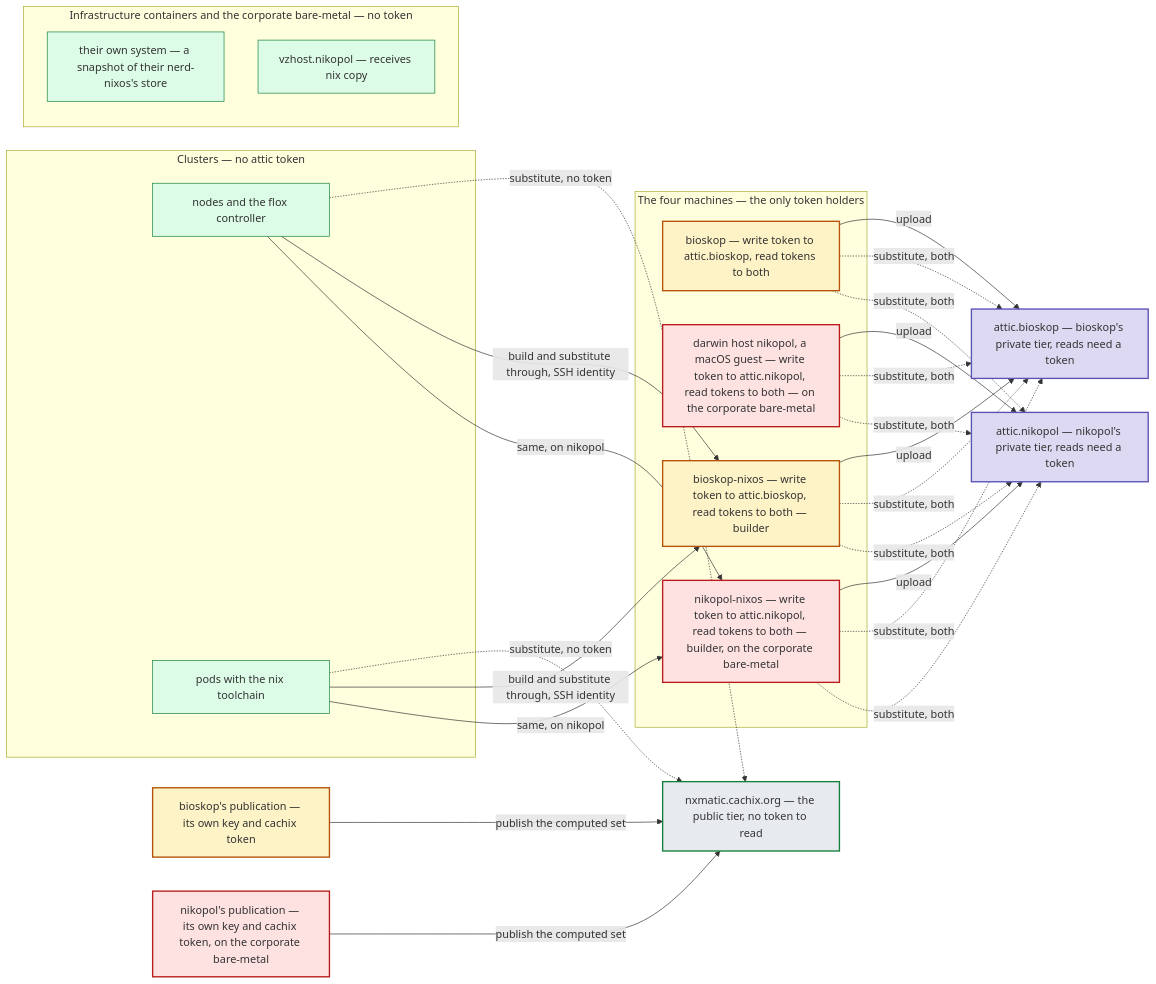
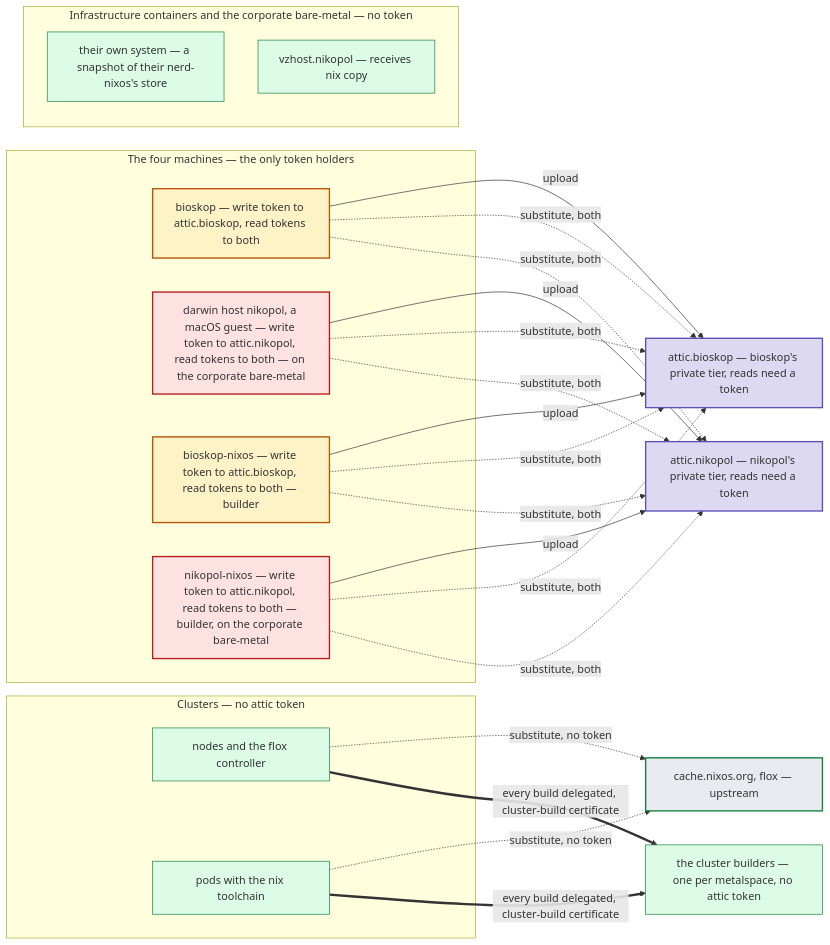
Diagram 13 of 14 in docs/private-binary-cache-spec.adoc (seedmatic/ndh), drawn with Mermaid before and after one commit. The commit also changed other lines of this file and 1 other file, not shown here.

```diff
--- a/docs/private-binary-cache-spec.adoc
+++ b/docs/private-binary-cache-spec.adoc
@@ -1858,37 +1763,34 @@
 [mermaid]
 ....
 flowchart LR
   subgraph HOSTS["The four machines — the only token holders"]
     h1["bioskop — write token to attic.bioskop, read tokens to both"]:::writer
     h2["darwin host nikopol, a macOS guest — write token to attic.nikopol, read tokens to both — on the corporate bare-metal"]:::corp
     h3["bioskop-nixos — write token to attic.bioskop, read tokens to both — builder"]:::writer
     h4["nikopol-nixos — write token to attic.nikopol, read tokens to both — builder, on the corporate bare-metal"]:::corp
   end
   subgraph CLUSTERS["Clusters — no attic token"]
     n1["nodes and the flox controller"]:::none
     p1["pods with the nix toolchain"]:::none
   end
   subgraph INFRA["Infrastructure containers and the corporate bare-metal — no token"]
     c1["their own system — a snapshot of their nerd-nixos's store"]:::none
     vz["vzhost.nikopol — receives nix copy"]:::none
   end
   attB["attic.bioskop — bioskop's private tier, reads need a token"]:::cache
   attN["attic.nikopol — nikopol's private tier, reads need a token"]:::cache
-  cx["nxmatic.cachix.org — the public tier, no token to read"]:::pub
-  fj["bioskop's publication — its own key and cachix token"]:::writer
-  fjn["nikopol's publication — its own key and cachix token, on the corporate bare-metal"]:::corp
+  up["cache.nixos.org, flox — upstream"]:::pub
+  cb["the cluster builders — one per metalspace, no attic token"]:::none
 
   h1 & h3 -->|"upload"| attB
   h2 & h4 -->|"upload"| attN
   h1 & h2 & h3 & h4 -.->|"substitute, both"| attB & attN
-  fj & fjn -->|"publish the computed set"| cx
-  n1 & p1 -.->|"substitute, no token"| cx
-  n1 & p1 -->|"build and substitute through, SSH identity"| h3
-  n1 & p1 -->|"same, on nikopol"| h4
+  n1 & p1 -.->|"substitute, no token"| up
+  n1 & p1 ==>|"every build delegated, cluster-build certificate"| cb
 
   classDef writer fill:#fef3c7,stroke:#b45309,stroke-width:2px;
   classDef corp fill:#fee2e2,stroke:#b91c1c,stroke-width:2px;
   classDef none fill:#dcfce7,stroke:#15803d;
   classDef cache fill:#ddd9f2,stroke:#5b52b8,stroke-width:2px;
   classDef pub fill:#e7ebf0,stroke:#15803d,stroke-width:2px;
 ....
```
